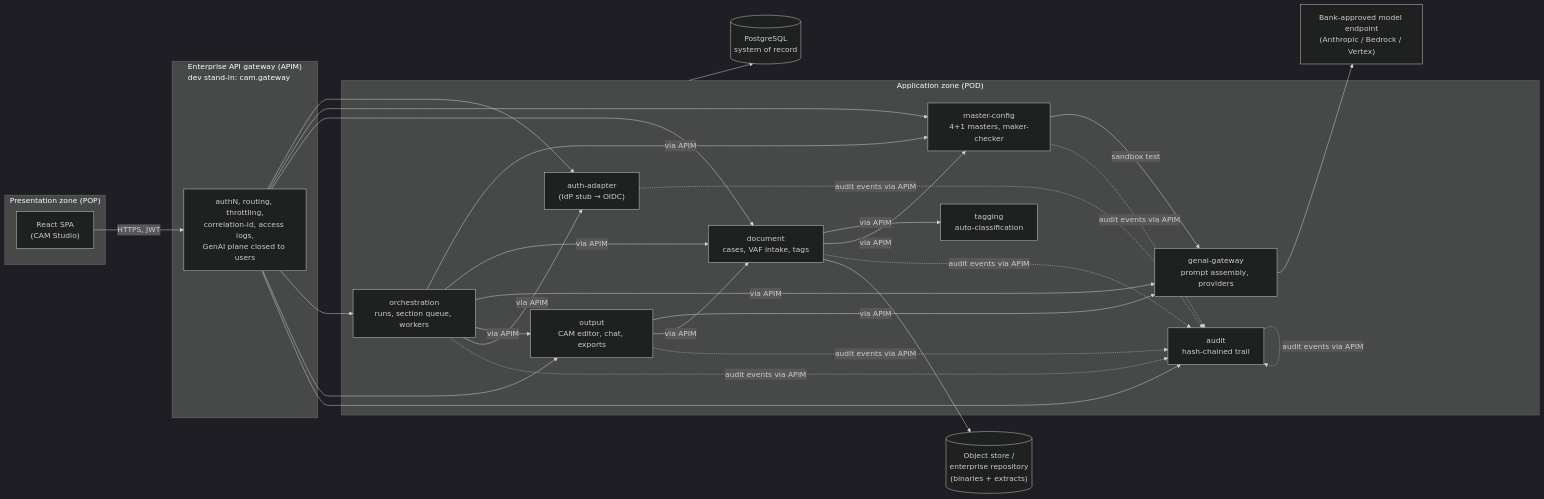
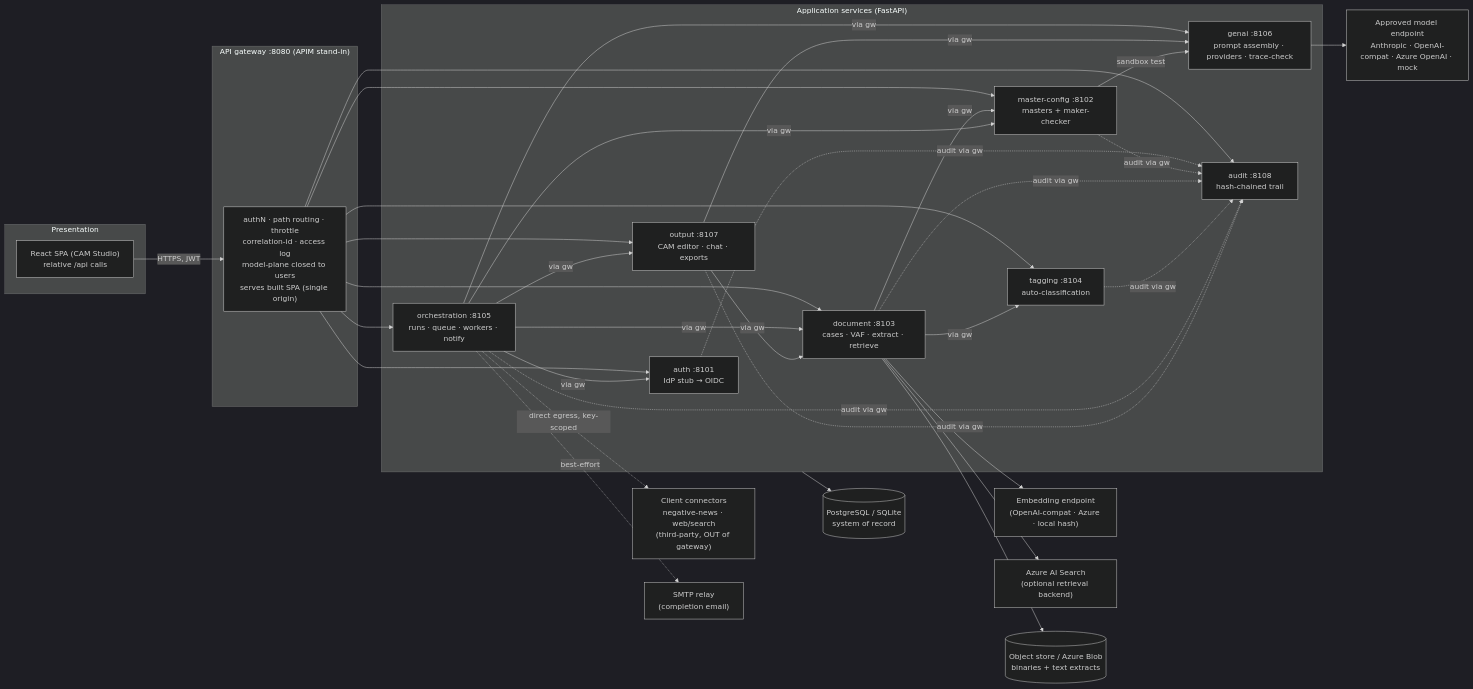
Before and after one commit to sidgamingshah-arch/Bank-review-summary: the first of 4 diagrams in cam-platform/docs/architecture.md, drawn with Mermaid (dark theme). The commit also changed other lines of this file, not shown here.

First line of the commit message:
docs: detailed technical architecture (v2) incl. connectors

````diff
--- a/cam-platform/docs/architecture.md
+++ b/cam-platform/docs/architecture.md
@@ -18,34 +46,40 @@
 ```mermaid
 flowchart LR
-    subgraph POP["Presentation zone (POP)"]
-        FE["React SPA<br/>(CAM Studio)"]
+    subgraph POP["Presentation"]
+        FE["React SPA (CAM Studio)<br/>relative /api calls"]
     end
-    subgraph APIM["Enterprise API gateway (APIM)<br/>dev stand-in: cam.gateway"]
-        GW["authN, routing, throttling,<br/>correlation-id, access logs,<br/>GenAI plane closed to users"]
+    subgraph EDGE["API gateway :8080 (APIM stand-in)"]
+        GW["authN · path routing · throttle<br/>correlation-id · access log<br/>model-plane closed to users<br/>serves built SPA (single origin)"]
     end
-    subgraph POD["Application zone (POD)"]
-        AUTH["auth-adapter<br/>(IdP stub → OIDC)"]
-        MC["master-config<br/>4+1 masters, maker-checker"]
-        DOC["document<br/>cases, VAF intake, tags"]
-        TAG["tagging<br/>auto-classification"]
-        ORCH["orchestration<br/>runs, section queue, workers"]
-        GENAI["genai-gateway<br/>prompt assembly, providers"]
-        OUT["output<br/>CAM editor, chat, exports"]
-        AUD["audit<br/>hash-chained trail"]
+    subgraph POD["Application services (FastAPI)"]
+        AUTH["auth :8101<br/>IdP stub → OIDC"]
+        MC["master-config :8102<br/>masters + maker-checker"]
+        DOC["document :8103<br/>cases · VAF · extract · retrieve"]
+        TAG["tagging :8104<br/>auto-classification"]
+        ORCH["orchestration :8105<br/>runs · queue · workers · notify"]
+        GENAI["genai :8106<br/>prompt assembly · providers · trace-check"]
+        OUT["output :8107<br/>CAM editor · chat · exports"]
+        AUD["audit :8108<br/>hash-chained trail"]
     end
-    LLM["Bank-approved model endpoint<br/>(Anthropic / Bedrock / Vertex)"]
-    PG[("PostgreSQL<br/>system of record")]
-    BLOB[("Object store /<br/>enterprise repository<br/>(binaries + extracts)")]
+    LLM["Approved model endpoint<br/>Anthropic · OpenAI-compat · Azure OpenAI · mock"]
+    EMB["Embedding endpoint<br/>(OpenAI-compat · Azure · local hash)"]
+    SEARCH["Azure AI Search<br/>(optional retrieval backend)"]
+    CONN["Client connectors<br/>negative-news · web/search<br/>(third-party, OUT of gateway)"]
+    SMTP["SMTP relay<br/>(completion email)"]
+    PG[("PostgreSQL / SQLite<br/>system of record")]
+    BLOB[("Object store / Azure Blob<br/>binaries + text extracts")]
 
-    FE -->|"HTTPS, JWT"| GW
-    GW --> AUTH & MC & DOC & ORCH & OUT & AUD
-    DOC -->|"via APIM"| TAG
-    DOC -->|"via APIM"| MC
-    ORCH -->|"via APIM"| MC & DOC & GENAI & OUT & AUTH
-    OUT -->|"via APIM"| GENAI & DOC
-    MC -->|"sandbox test"| GENAI
+    FE -->|HTTPS, JWT| GW
+    GW --> AUTH & MC & DOC & TAG & ORCH & OUT & AUD
+    DOC -->|via gw| TAG & MC
+    ORCH -->|via gw| MC & DOC & GENAI & OUT & AUTH
+    OUT -->|via gw| GENAI & DOC
+    MC -->|sandbox test| GENAI
     GENAI --> LLM
-    AUTH & MC & DOC & ORCH & OUT & AUD -.->|"audit events via APIM"| AUD
+    DOC --> EMB & SEARCH
+    ORCH -. "direct egress, key-scoped" .-> CONN
+    ORCH -. "best-effort" .-> SMTP
     POD --> PG
     DOC --> BLOB
+    AUTH & MC & DOC & TAG & ORCH & OUT -. audit via gw .-> AUD
 ```
````
